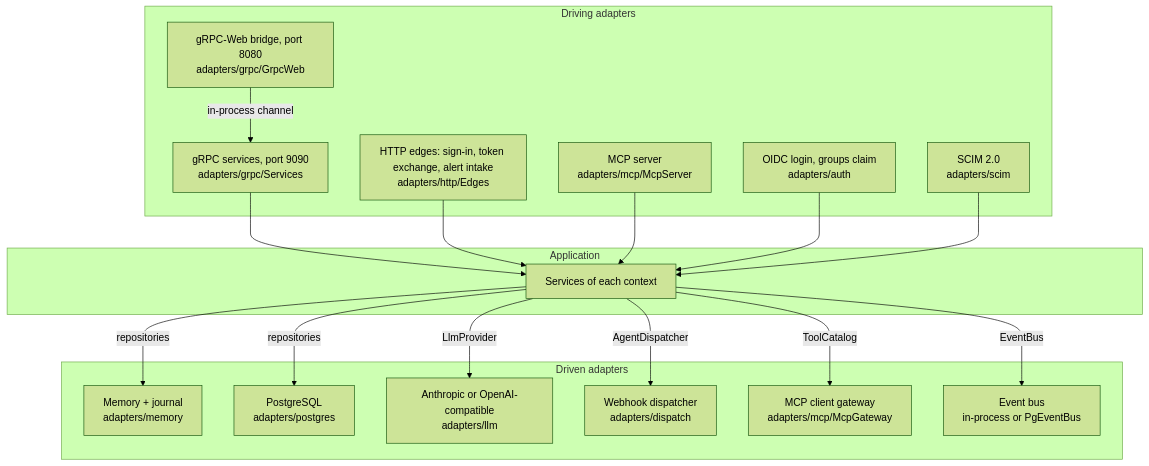
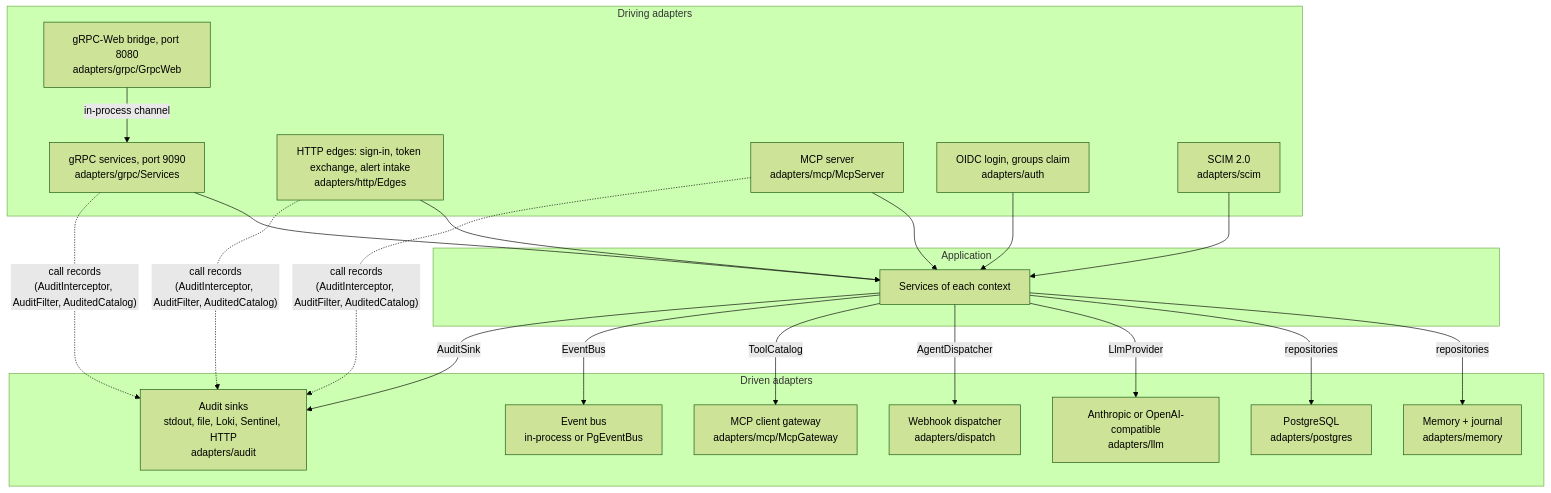
One commit to gigabrain-ideas/mayday changed the second of 5 diagrams in docs/architecture.md. Above: the diagram before and after it, drawn with Mermaid (forest theme). The commit also changed other lines of this file and 55 other files, not shown here.

````diff
--- a/docs/architecture.md
+++ b/docs/architecture.md
@@ -75,34 +82,37 @@
 ```mermaid
 flowchart TB
   subgraph Driving adapters
     GRPC[gRPC services, port 9090<br/>adapters/grpc/Services]
     GWEB[gRPC-Web bridge, port 8080<br/>adapters/grpc/GrpcWeb]
     EDGE[HTTP edges: sign-in, token exchange, alert intake<br/>adapters/http/Edges]
     MCPS[MCP server<br/>adapters/mcp/McpServer]
     OIDC[OIDC login, groups claim<br/>adapters/auth]
     SCIMA[SCIM 2.0<br/>adapters/scim]
   end
   GWEB -- in-process channel --> GRPC
   subgraph Application
     SVC[Services of each context]
   end
   subgraph Driven adapters
     MEM[Memory + journal<br/>adapters/memory]
     PG[PostgreSQL<br/>adapters/postgres]
     LLM[Anthropic or OpenAI-compatible<br/>adapters/llm]
     WH[Webhook dispatcher<br/>adapters/dispatch]
     GW[MCP client gateway<br/>adapters/mcp/McpGateway]
     BUS[Event bus<br/>in-process or PgEventBus]
+    AUDS[Audit sinks<br/>stdout, file, Loki, Sentinel, HTTP<br/>adapters/audit]
   end
   GRPC --> SVC
   EDGE --> SVC
   MCPS --> SVC
   OIDC --> SVC
   SCIMA --> SVC
   SVC -- repositories --> MEM
   SVC -- repositories --> PG
   SVC -- LlmProvider --> LLM
   SVC -- AgentDispatcher --> WH
   SVC -- ToolCatalog --> GW
   SVC -- EventBus --> BUS
+  SVC -- AuditSink --> AUDS
+  GRPC & EDGE & MCPS -. "call records<br/>(AuditInterceptor, AuditFilter, AuditedCatalog)" .-> AUDS
 ```
````
